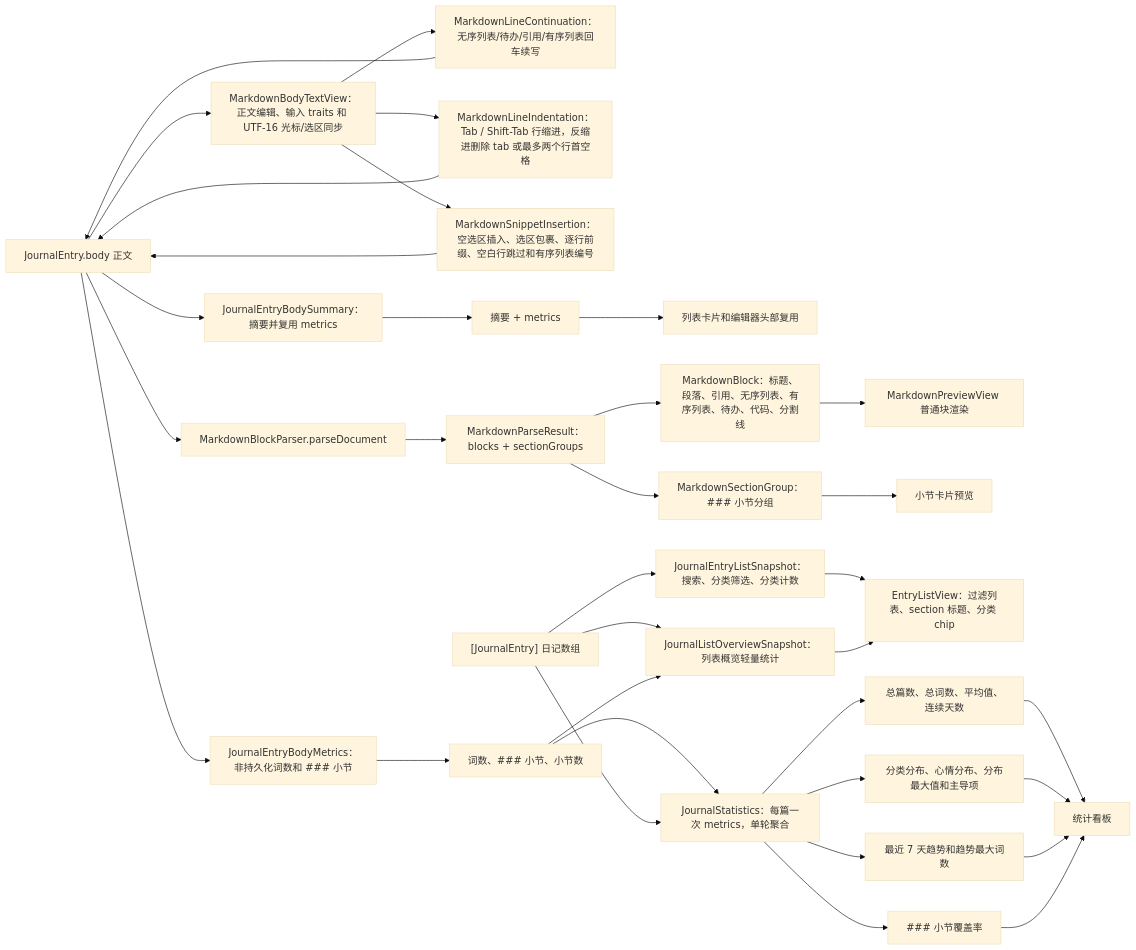
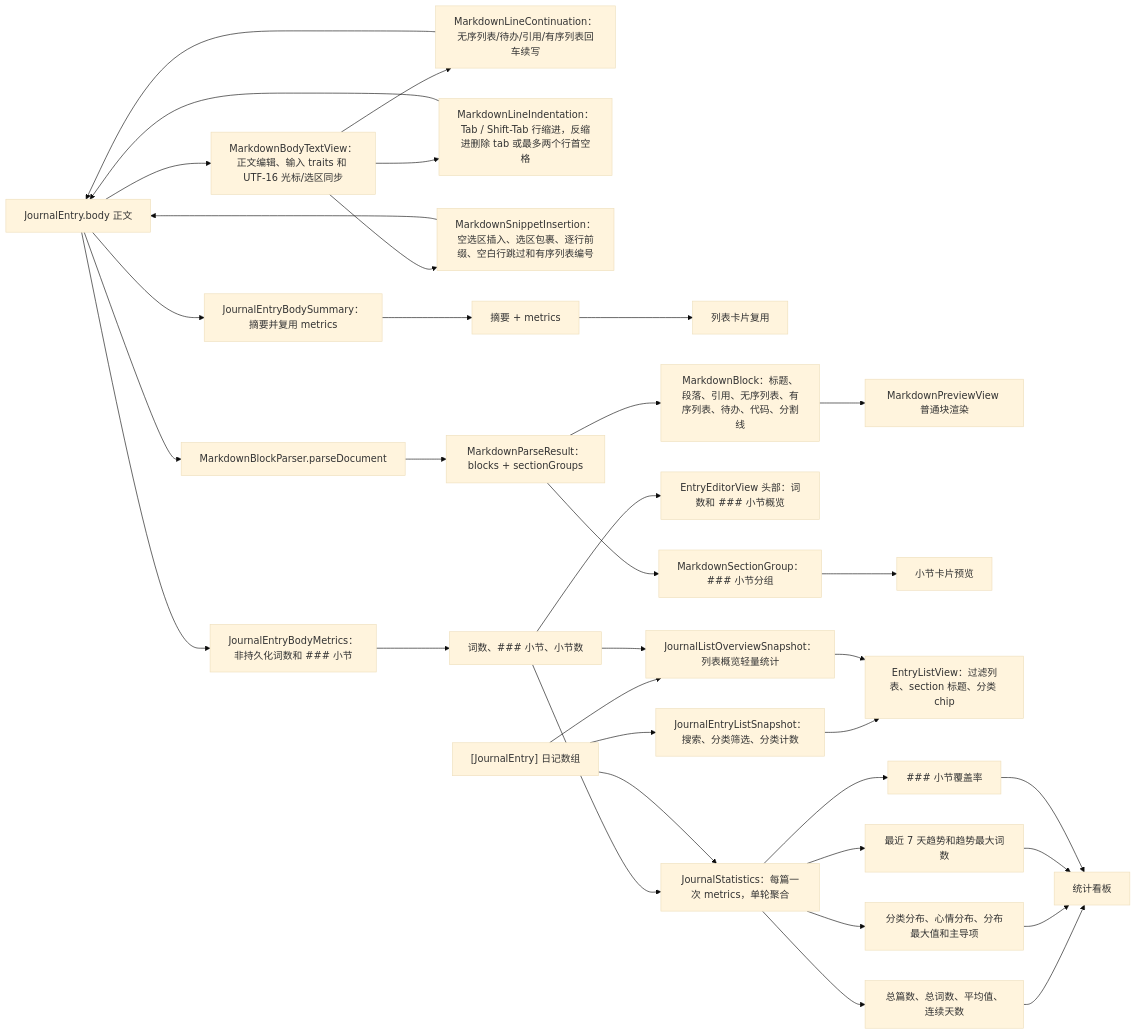
Before and after one commit to Altman-sam114/117: the fourth of 6 diagrams in md/flow/flowchart.md, drawn with Mermaid (base theme). The commit also changed 7 other files, not shown here.

````diff
--- a/md/flow/flowchart.md
+++ b/md/flow/flowchart.md
@@ -121,36 +121,37 @@
 ```mermaid
 flowchart LR
   Body["JournalEntry.body 正文"] --> MetricsNode2["JournalEntryBodyMetrics：非持久化词数和 ### 小节"]
   Body --> Summary["JournalEntryBodySummary：摘要并复用 metrics"]
   Body --> BodyText["MarkdownBodyTextView：正文编辑、输入 traits 和 UTF-16 光标/选区同步"]
   BodyText --> ContinueRule["MarkdownLineContinuation：无序列表/待办/引用/有序列表回车续写"]
   ContinueRule --> Body
   BodyText --> IndentRule["MarkdownLineIndentation：Tab / Shift-Tab 行缩进，反缩进删除 tab 或最多两个行首空格"]
   IndentRule --> Body
   BodyText --> InsertRule["MarkdownSnippetInsertion：空选区插入、选区包裹、逐行前缀、空白行跳过和有序列表编号"]
   InsertRule --> Body
   MetricsNode2 --> MetricsData["词数、### 小节、小节数"]
   Summary --> Excerpt["摘要 + metrics"]
-  Excerpt --> RowEditor["列表卡片和编辑器头部复用"]
+  Excerpt --> RowEditor["列表卡片复用"]
   MetricsData --> Statistics["JournalStatistics：每篇一次 metrics，单轮聚合"]
+  MetricsData --> EditorHeader["EntryEditorView 头部：词数和 ### 小节概览"]
   Body --> Parse["MarkdownBlockParser.parseDocument"]
   Parse --> Result["MarkdownParseResult：blocks + sectionGroups"]
   Result --> Blocks["MarkdownBlock：标题、段落、引用、无序列表、有序列表、待办、代码、分割线"]
   Blocks --> Preview["MarkdownPreviewView 普通块渲染"]
   Result --> Sections["MarkdownSectionGroup：### 小节分组"]
   Sections --> SectionPreview["小节卡片预览"]
   Entries["[JournalEntry] 日记数组"] --> Statistics
   Entries --> ListSnapshot2["JournalEntryListSnapshot：搜索、分类筛选、分类计数"]
   ListSnapshot2 --> ListView["EntryListView：过滤列表、section 标题、分类 chip"]
   Entries --> ListOverview2["JournalListOverviewSnapshot：列表概览轻量统计"]
   MetricsData --> ListOverview2
   ListOverview2 --> ListView
   Statistics --> Metrics["总篇数、总词数、平均值、连续天数"]
   Statistics --> Distributions["分类分布、心情分布、分布最大值和主导项"]
   Statistics --> Trend["最近 7 天趋势和趋势最大词数"]
   Statistics --> Coverage["### 小节覆盖率"]
   Metrics --> Dashboard["统计看板"]
   Distributions --> Dashboard
   Trend --> Dashboard
   Coverage --> Dashboard
 ```
````
